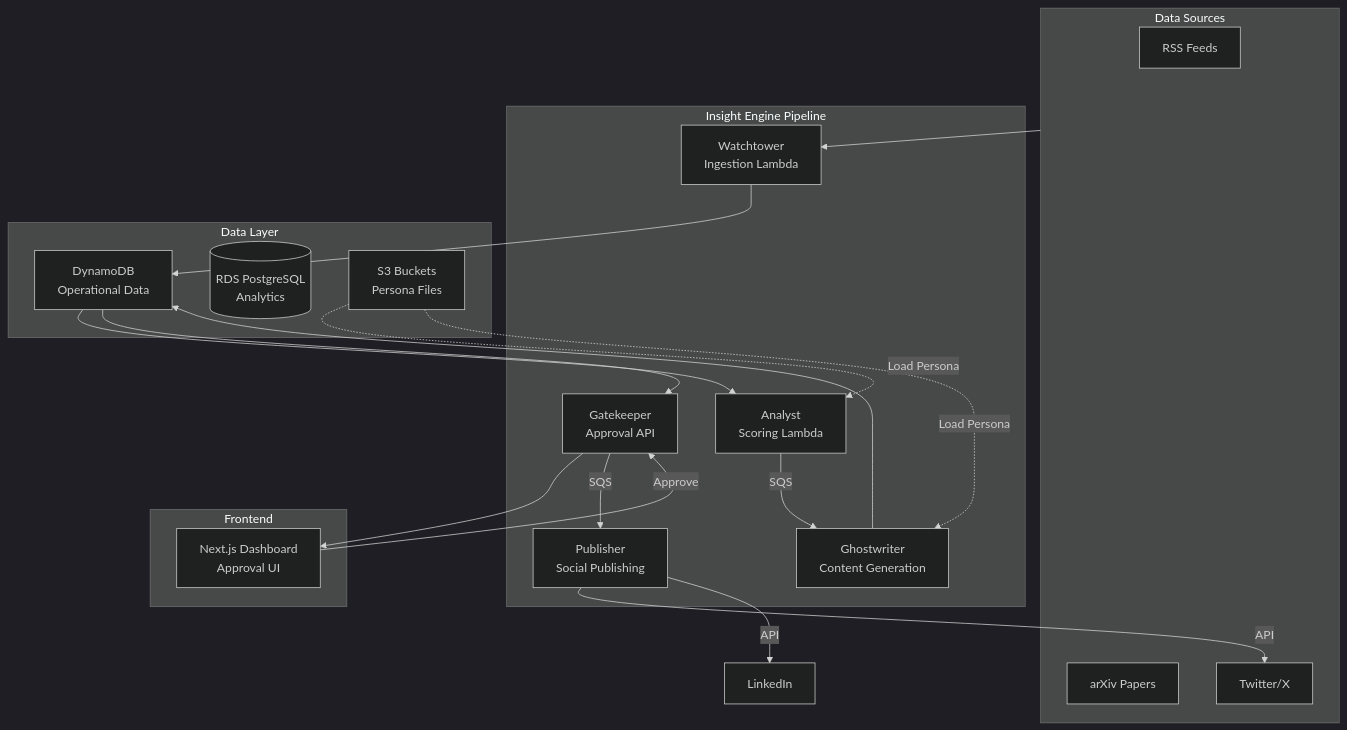
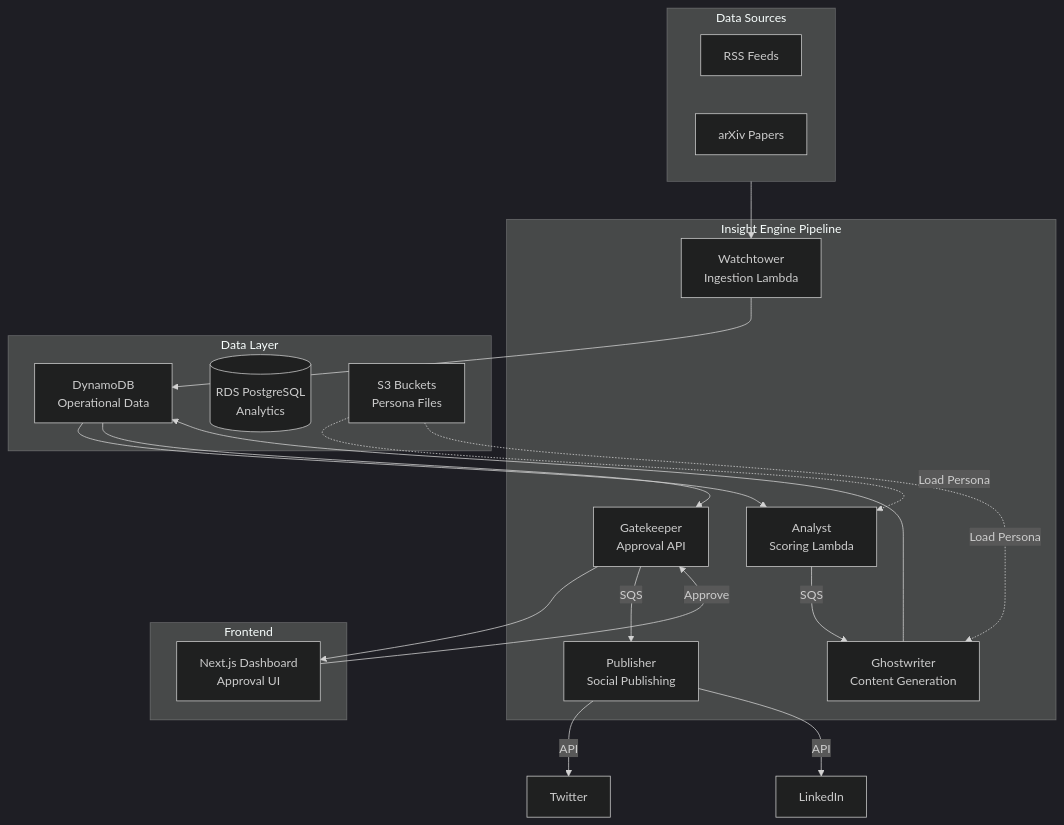
The diagram in README.md (KavinMK05/AWS-AI-for-Bharat-Insight-engine), drawn with Mermaid (dark theme) before and after one commit. The commit also changed other lines of this file and 4 other files, not shown here.

````diff
--- a/README.md
+++ b/README.md
@@ -11,41 +11,40 @@
 ```mermaid
 flowchart TD
     subgraph Sources["Data Sources"]
         RSS[RSS Feeds]
         arXiv[arXiv Papers]
-        Twitter[Twitter/X]
     end
 
     subgraph Pipeline["Insight Engine Pipeline"]
         Watchtower[Watchtower<br/>Ingestion Lambda]
         Analyst[Analyst<br/>Scoring Lambda]
         Ghostwriter[Ghostwriter<br/>Content Generation]
         Gatekeeper[Gatekeeper<br/>Approval API]
         Publisher[Publisher<br/>Social Publishing]
     end
 
     subgraph Storage["Data Layer"]
         DynamoDB[DynamoDB<br/>Operational Data]
         RDS[(RDS PostgreSQL<br/>Analytics)]
         S3[S3 Buckets<br/>Persona Files]
     end
 
     subgraph Dashboard["Frontend"]
         NextJS[Next.js Dashboard<br/>Approval UI]
     end
 
     Sources --> Watchtower
     Watchtower --> DynamoDB
     DynamoDB --> Analyst
     Analyst -->|SQS| Ghostwriter
     Ghostwriter --> DynamoDB
     DynamoDB --> Gatekeeper
     Gatekeeper --> NextJS
     NextJS -->|Approve| Gatekeeper
     Gatekeeper -->|SQS| Publisher
     Publisher -->|API| Twitter
     Publisher -->|API| LinkedIn
 
     S3 -.->|Load Persona| Analyst
     S3 -.->|Load Persona| Ghostwriter
 ```
````
